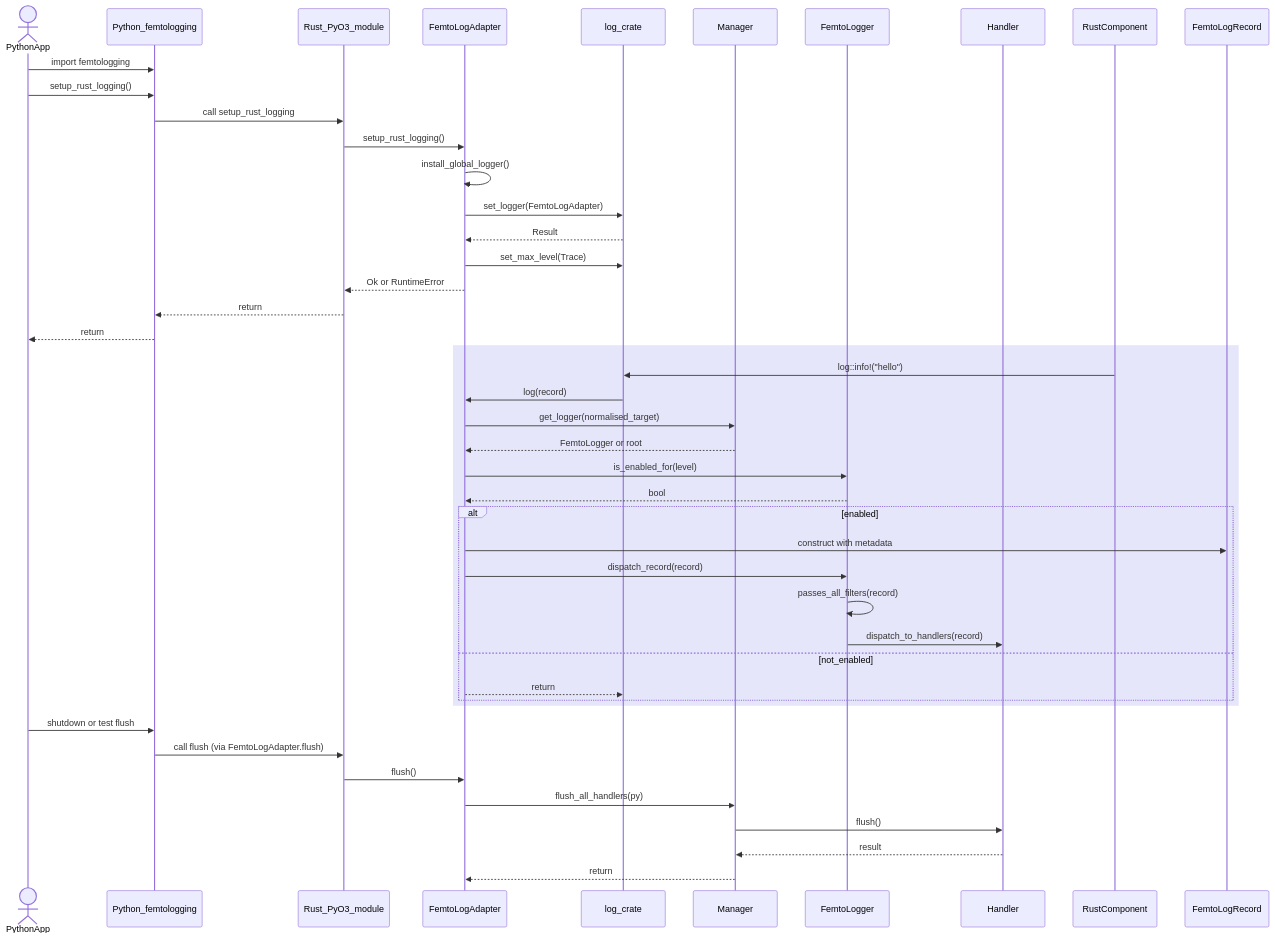
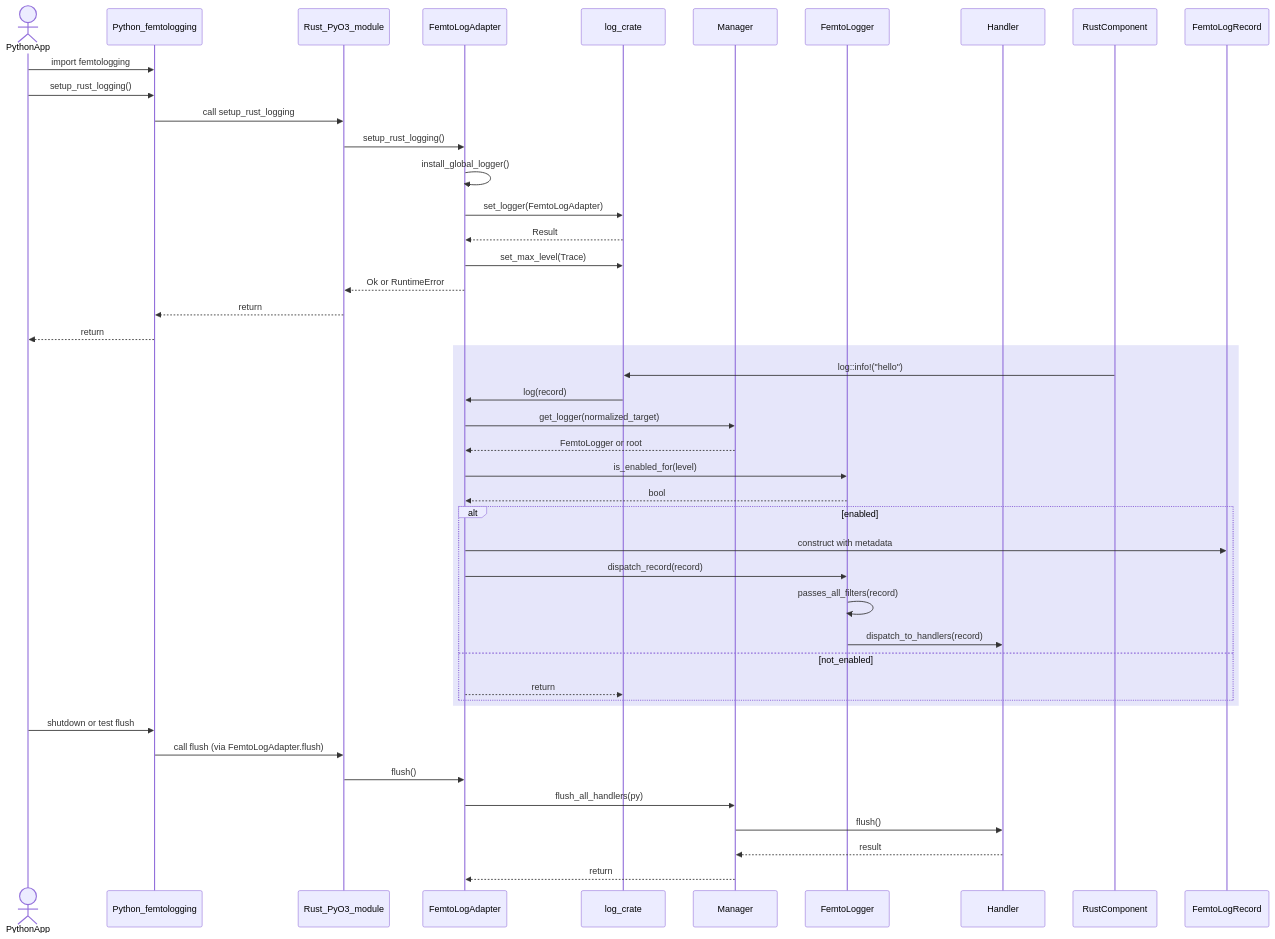
Before and after one commit to leynos/femtologging: the fifth of 5 diagrams in docs/rust-multithreaded-logging-framework-for-python-design.md, drawn with Mermaid. The commit also changed other lines of this file and 50 other files, not shown here.

````diff
--- a/docs/rust-multithreaded-logging-framework-for-python-design.md
+++ b/docs/rust-multithreaded-logging-framework-for-python-design.md
@@ -1266,49 +1266,49 @@
 ```mermaid
 sequenceDiagram
     actor PythonApp
     participant PythonFemtoLogging as Python_femtologging
     participant PyO3Bridge as Rust_PyO3_module
     participant FemtoLogCompat as FemtoLogAdapter
     participant RustLog as log_crate
     participant Manager as Manager
     participant FemtoLogger
     participant Handler
 
     PythonApp->>PythonFemtoLogging: import femtologging
     PythonApp->>PythonFemtoLogging: setup_rust_logging()
     PythonFemtoLogging->>PyO3Bridge: call setup_rust_logging
     PyO3Bridge->>FemtoLogCompat: setup_rust_logging()
     FemtoLogCompat->>FemtoLogCompat: install_global_logger()
     FemtoLogCompat->>RustLog: set_logger(FemtoLogAdapter)
     RustLog-->>FemtoLogCompat: Result
     FemtoLogCompat->>RustLog: set_max_level(Trace)
     FemtoLogCompat-->>PyO3Bridge: Ok or RuntimeError
     PyO3Bridge-->>PythonFemtoLogging: return
     PythonFemtoLogging-->>PythonApp: return
 
     rect rgb(230,230,250)
         participant RustComponent
         RustComponent->>RustLog: log::info!("hello")
         RustLog->>FemtoLogCompat: log(record)
-        FemtoLogCompat->>Manager: get_logger(normalised_target)
+        FemtoLogCompat->>Manager: get_logger(normalized_target)
         Manager-->>FemtoLogCompat: FemtoLogger or root
         FemtoLogCompat->>FemtoLogger: is_enabled_for(level)
         FemtoLogger-->>FemtoLogCompat: bool
         alt enabled
             FemtoLogCompat->>FemtoLogRecord: construct with metadata
             FemtoLogCompat->>FemtoLogger: dispatch_record(record)
             FemtoLogger->>FemtoLogger: passes_all_filters(record)
             FemtoLogger->>Handler: dispatch_to_handlers(record)
         else not_enabled
             FemtoLogCompat-->>RustLog: return
         end
     end
 
     PythonApp->>PythonFemtoLogging: shutdown or test flush
     PythonFemtoLogging->>PyO3Bridge: call flush (via FemtoLogAdapter.flush)
     PyO3Bridge->>FemtoLogCompat: flush()
     FemtoLogCompat->>Manager: flush_all_handlers(py)
     Manager->>Handler: flush()
     Handler-->>Manager: result
     Manager-->>FemtoLogCompat: return
 ```
````
